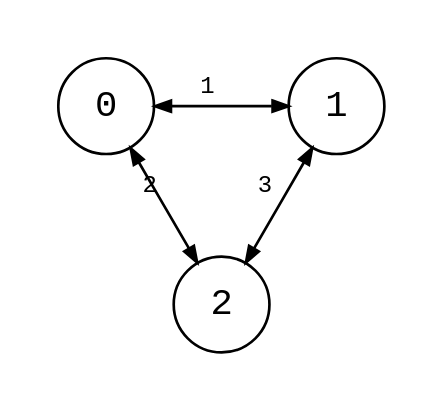
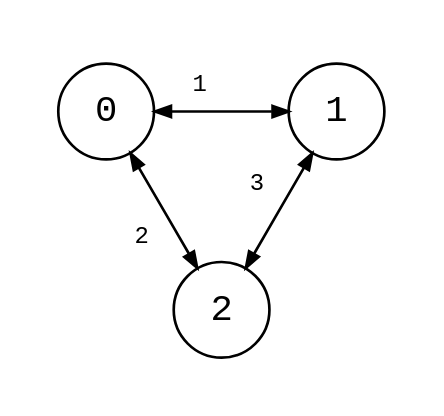
One commit to bsdrks/graaf-images changed the diagram in src/kattis_bryr_1.dot. Above: the diagram before and after it, drawn with Graphviz. The commit also changed 9 other files, not shown here.

```diff
--- a/src/kattis_bryr_1.dot
+++ b/src/kattis_bryr_1.dot
@@ -1,34 +1,34 @@
 digraph {
     node [shape=circle, fontname="monospace"; fixedsize=true, width="0.5"];
     edge [arrowsize=0.6, fontname="monospace", fontsize=9];
     layout=neato;
     mode="sgd";
     maxiter=10000;
     scale=1.2;
     normalize=true;
     pad=0.2;
 
     0 -> {1} [dir=both, label=<
-        <table border="0" cellborder="0" cellspacing="0">
+        <table border="0" cellborder="0" cellspacing="3">
             <tr>
                 <td>1</td>
             </tr>
         </table>
     >];
 
     0 -> {2} [dir=both, label=<
-        <table border="0" cellborder="0" cellspacing="0">
+        <table border="0" cellborder="0" cellspacing="3">
             <tr>
                 <td>2</td>
             </tr>
         </table>
     >];
 
     1 -> {2} [dir=both, label=<
-        <table border="0" cellborder="0" cellspacing="0">
+        <table border="0" cellborder="0" cellspacing="3">
             <tr>
                 <td>3</td>
             </tr>
         </table>
     >];
 }
```
